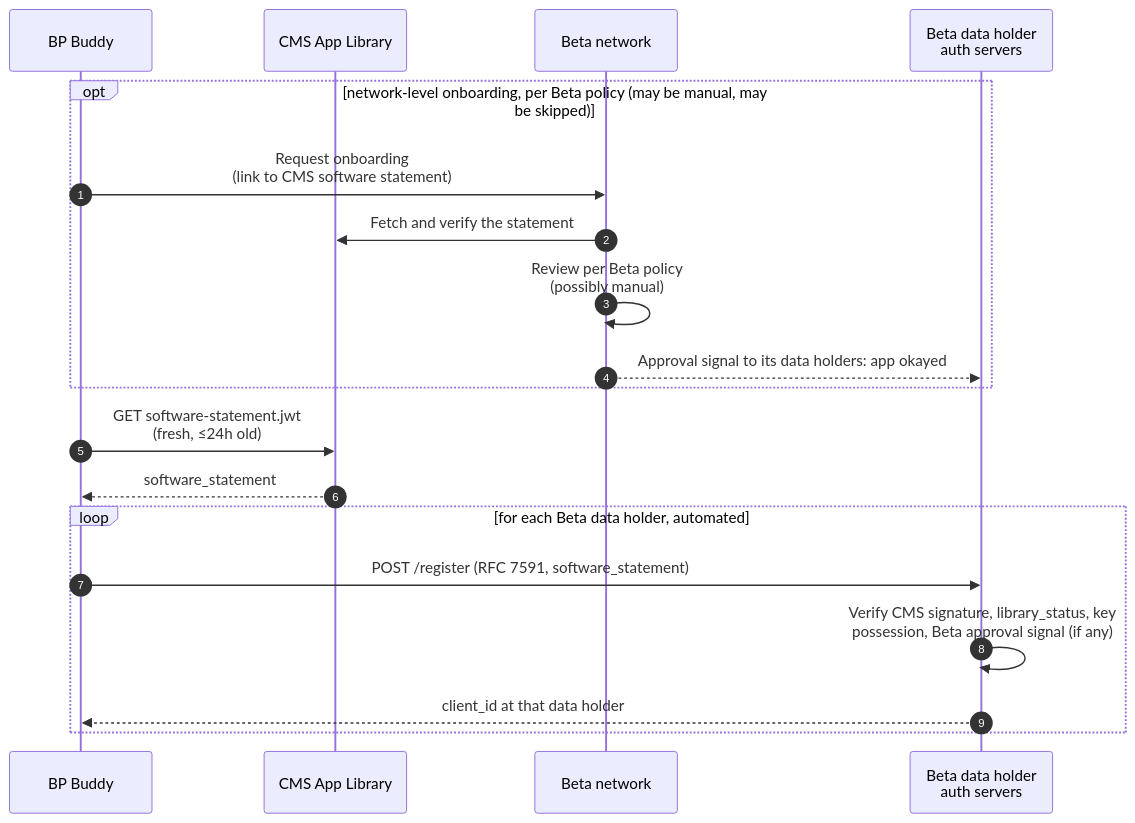
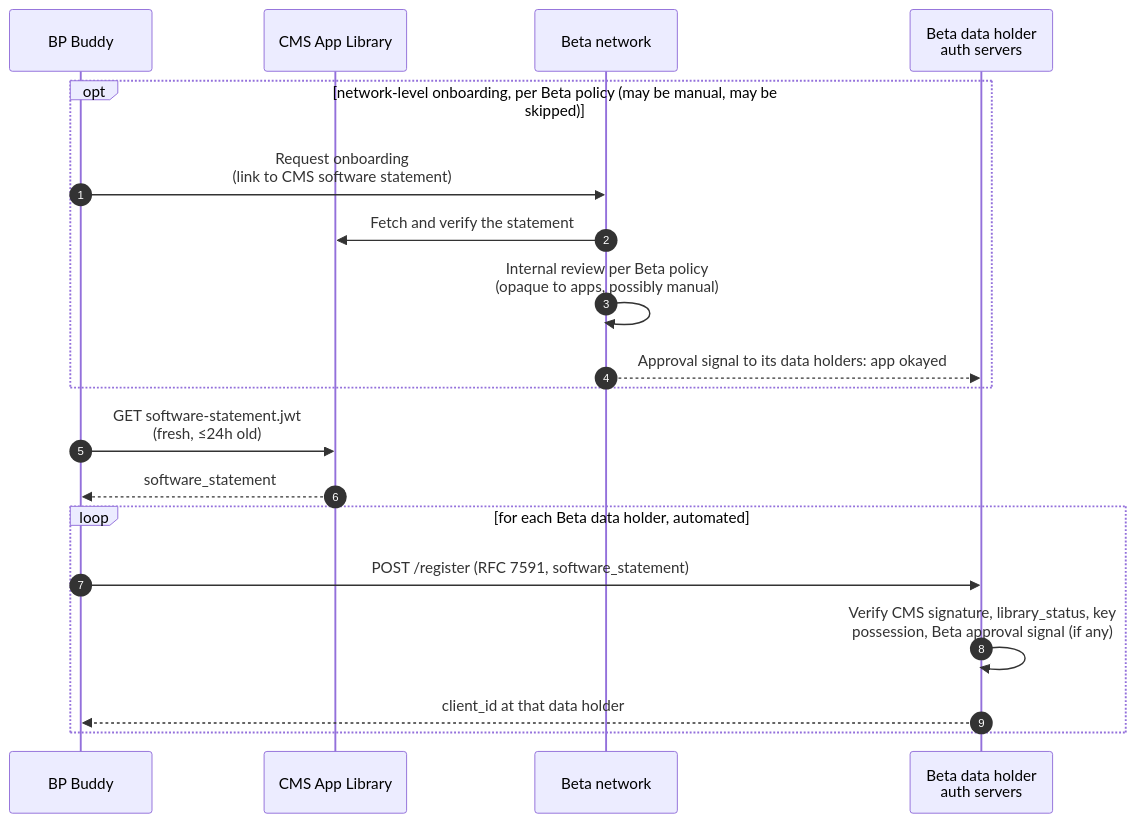
Before and after one commit to jmandel/cms-ns: the fourth of 9 diagrams in app-connectivity-flows.md, drawn with Mermaid. The commit also changed other lines of this file and 14 other files, not shown here.

````diff
--- a/app-connectivity-flows.md
+++ b/app-connectivity-flows.md
@@ -117,22 +121,22 @@
 ```mermaid
 sequenceDiagram
     autonumber
     participant App as BP Buddy
     participant CMS as CMS App Library
     participant Beta as Beta network
     participant DH as Beta data holder<br/>auth servers
 
     opt network-level onboarding, per Beta policy (may be manual, may be skipped)
         App->>Beta: Request onboarding<br/>(link to CMS software statement)
         Beta->>CMS: Fetch and verify the statement
-        Beta->>Beta: Review per Beta policy<br/>(possibly manual)
+        Beta->>Beta: Internal review per Beta policy<br/>(opaque to apps, possibly manual)
         Beta-->>DH: Approval signal to its data holders: app okayed
     end
     App->>CMS: GET software-statement.jwt<br/>(fresh, ≤24h old)
     CMS-->>App: software_statement
     loop for each Beta data holder, automated
         App->>DH: POST /register (RFC 7591, software_statement)
         DH->>DH: Verify CMS signature, library_status, key<br/>possession, Beta approval signal (if any)
         DH-->>App: client_id at that data holder
     end
 ```
````
